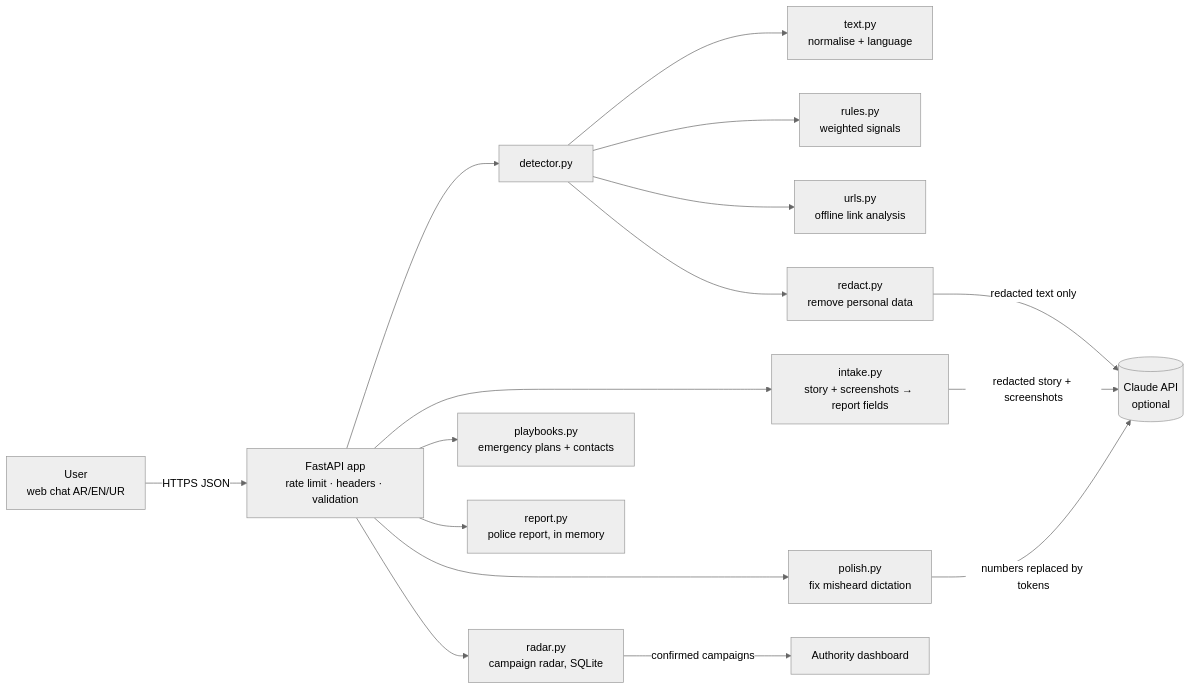
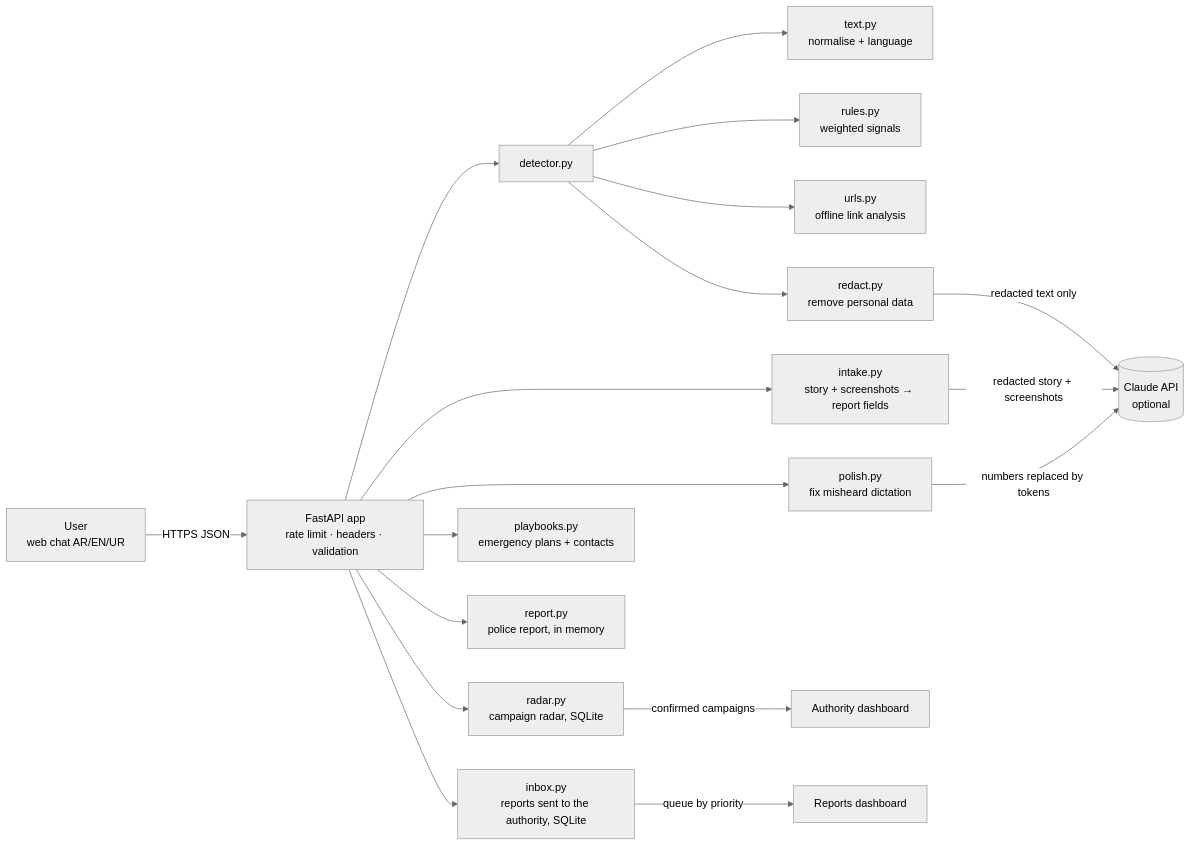
The diagram in docs/TECHNICAL.md (mohamedtorky2022/Haris), drawn with Mermaid (neutral theme) before and after one commit. The commit also changed other lines of this file and 2 other files, not shown here.

First line of the commit message:
Docs: reports inbox and dashboard in README, TECHNICAL (triage, storage, threats, limits) and .env.example

````diff
--- a/docs/TECHNICAL.md
+++ b/docs/TECHNICAL.md
@@ -7,18 +7,20 @@
 ```mermaid
 flowchart LR
     U[User<br/>web chat AR/EN/UR] -->|HTTPS JSON| API[FastAPI app<br/>rate limit · headers · validation]
     API --> D[detector.py]
     D --> N[text.py<br/>normalise + language]
     D --> R[rules.py<br/>weighted signals]
     D --> L[urls.py<br/>offline link analysis]
     D --> X[redact.py<br/>remove personal data]
     X -->|redacted text only| C[(Claude API<br/>optional)]
     API --> I[intake.py<br/>story + screenshots → report fields]
     I -->|redacted story + screenshots| C
     API --> PO[polish.py<br/>fix misheard dictation]
     API --> RA[radar.py<br/>campaign radar, SQLite]
     RA -->|confirmed campaigns| AUTH[Authority dashboard]
+    API --> IN[inbox.py<br/>reports sent to the authority, SQLite]
+    IN -->|queue by priority| REP[Reports dashboard]
     PO -->|numbers replaced by tokens| C
     API --> P[playbooks.py<br/>emergency plans + contacts]
     API --> RP[report.py<br/>police report, in memory]
 ```
````
